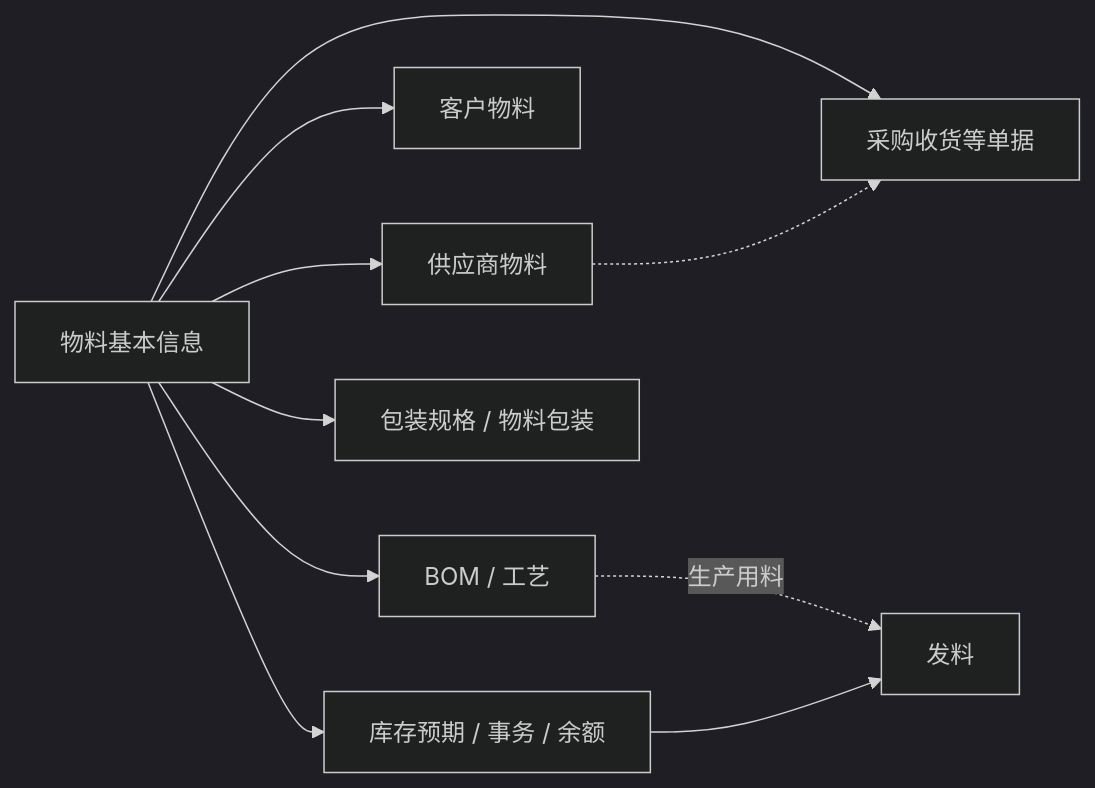
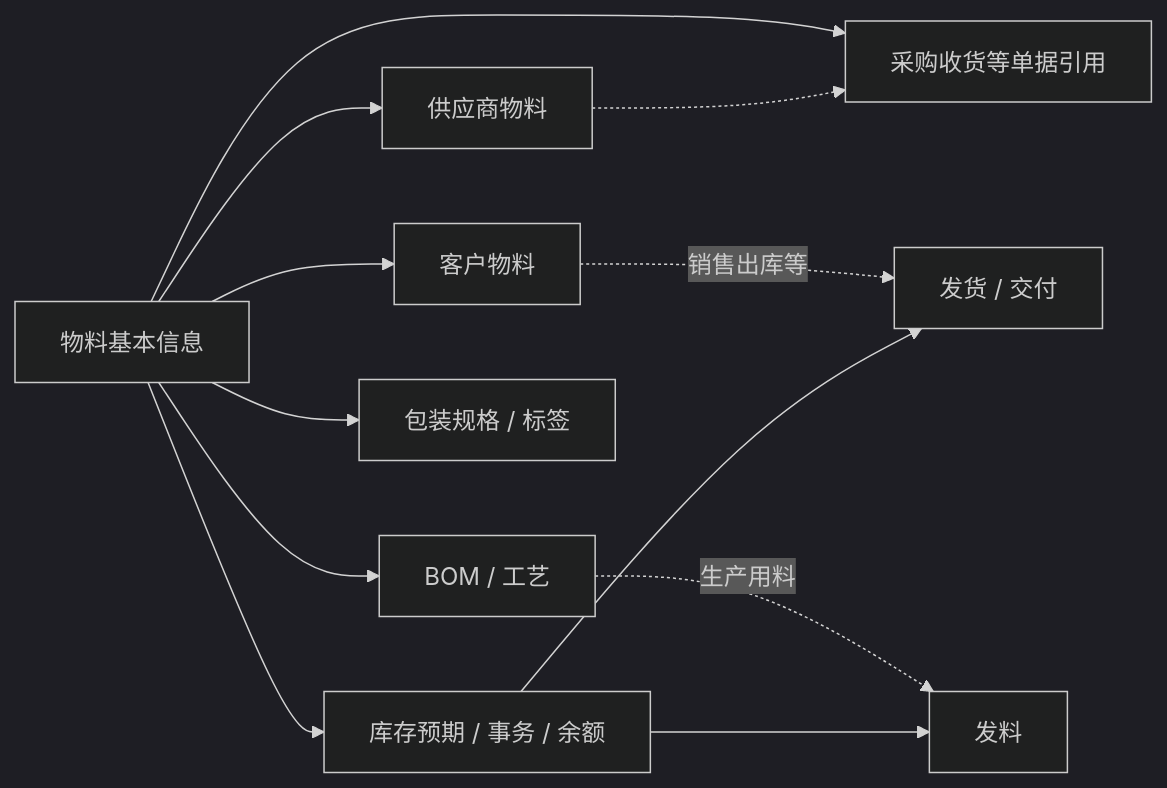
Before and after one commit to jiargcn/MomProductDocument: the second of 2 diagrams in docs/04-DBC-主数据管理/01-物料管理/01-物料基本信息.md, drawn with Mermaid (dark theme). The commit also changed other lines of this file and 239 other files, not shown here.

````diff
--- a/docs/04-DBC-主数据管理/01-物料管理/01-物料基本信息.md
+++ b/docs/04-DBC-主数据管理/01-物料管理/01-物料基本信息.md
@@ -44,12 +51,14 @@
 ```mermaid
 flowchart LR
     M["物料基本信息"] --> SM["供应商物料"]
     M --> CM["客户物料"]
     M --> BOM["BOM / 工艺"]
-    M --> PKG["包装规格 / 物料包装"]
-    M --> PO["采购收货等单据"]
+    M --> PKG["包装规格 / 标签"]
+    M --> PO["采购收货等单据引用"]
     M --> INV["库存预期 / 事务 / 余额"]
     SM -.-> PO
+    CM -.->|"销售出库等"| DEL["发货 / 交付"]
     BOM -.->|"生产用料"| ISS["发料"]
     INV --> ISS
+    INV --> DEL
 ```
````
